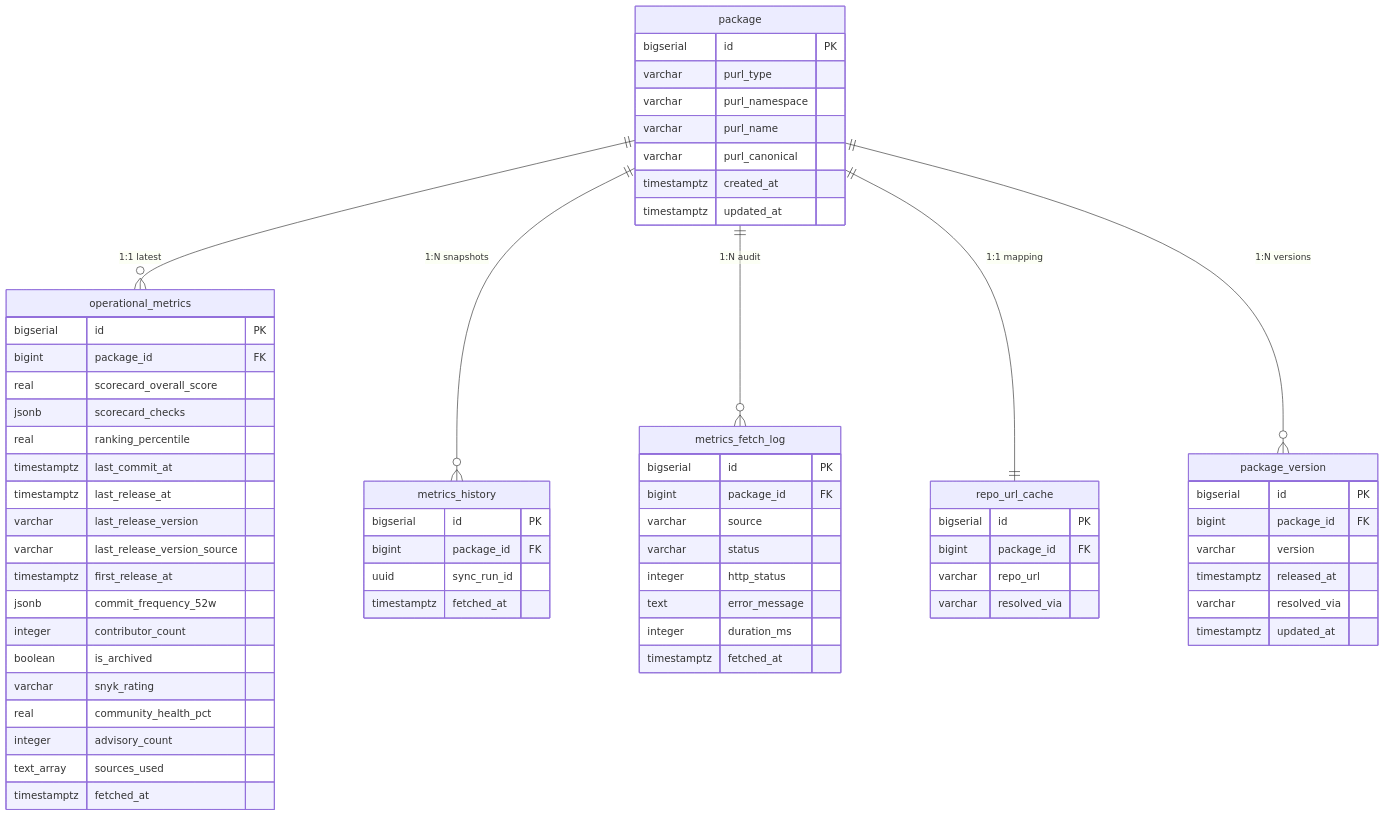
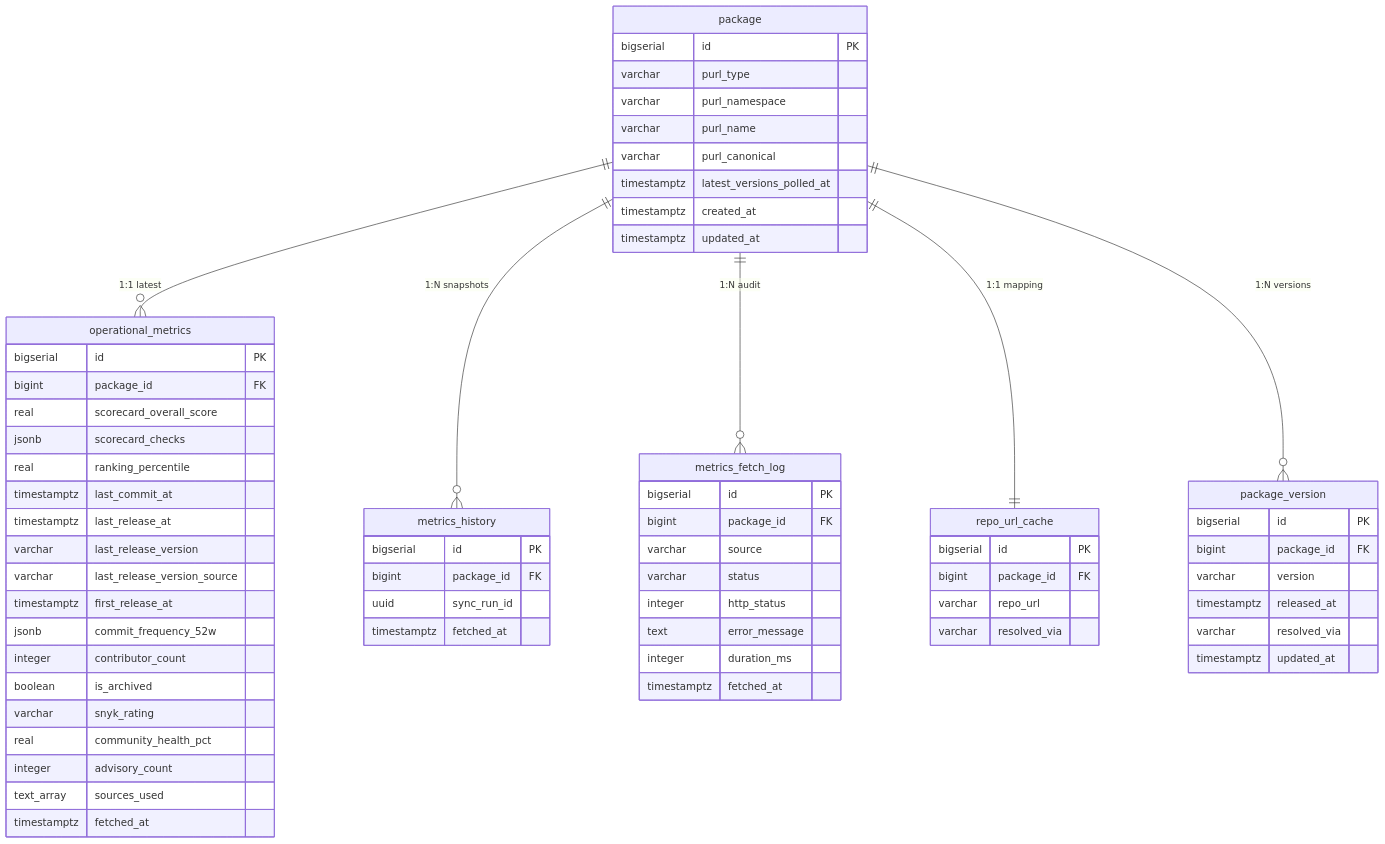
The third of 7 diagrams in ARCHITECTURE.md (arikregev/operational-metrics), drawn with Mermaid before and after one commit. The commit also changed other lines of this file and 23 other files, not shown here.

````diff
--- a/ARCHITECTURE.md
+++ b/ARCHITECTURE.md
@@ -201,73 +201,74 @@
 ```mermaid
 erDiagram
     package ||--o{ operational_metrics : "1:1 latest"
     package ||--o{ metrics_history : "1:N snapshots"
     package ||--o{ metrics_fetch_log : "1:N audit"
     package ||--|| repo_url_cache : "1:1 mapping"
     package ||--o{ package_version : "1:N versions"
 
     package {
         bigserial id PK
         varchar purl_type
         varchar purl_namespace
         varchar purl_name
         varchar purl_canonical
+        timestamptz latest_versions_polled_at
         timestamptz created_at
         timestamptz updated_at
     }
 
     operational_metrics {
         bigserial id PK
         bigint package_id FK
         real scorecard_overall_score
         jsonb scorecard_checks
         real ranking_percentile
         timestamptz last_commit_at
         timestamptz last_release_at
         varchar last_release_version
         varchar last_release_version_source
         timestamptz first_release_at
         jsonb commit_frequency_52w
         integer contributor_count
         boolean is_archived
         varchar snyk_rating
         real community_health_pct
         integer advisory_count
         text_array sources_used
         timestamptz fetched_at
     }
 
     package_version {
         bigserial id PK
         bigint package_id FK
         varchar version
         timestamptz released_at
         varchar resolved_via
         timestamptz updated_at
     }
 
     metrics_history {
         bigserial id PK
         bigint package_id FK
         uuid sync_run_id
         timestamptz fetched_at
     }
 
     metrics_fetch_log {
         bigserial id PK
         bigint package_id FK
         varchar source
         varchar status
         integer http_status
         text error_message
         integer duration_ms
         timestamptz fetched_at
     }
 
     repo_url_cache {
         bigserial id PK
         bigint package_id FK
         varchar repo_url
         varchar resolved_via
     }
 ```
````
